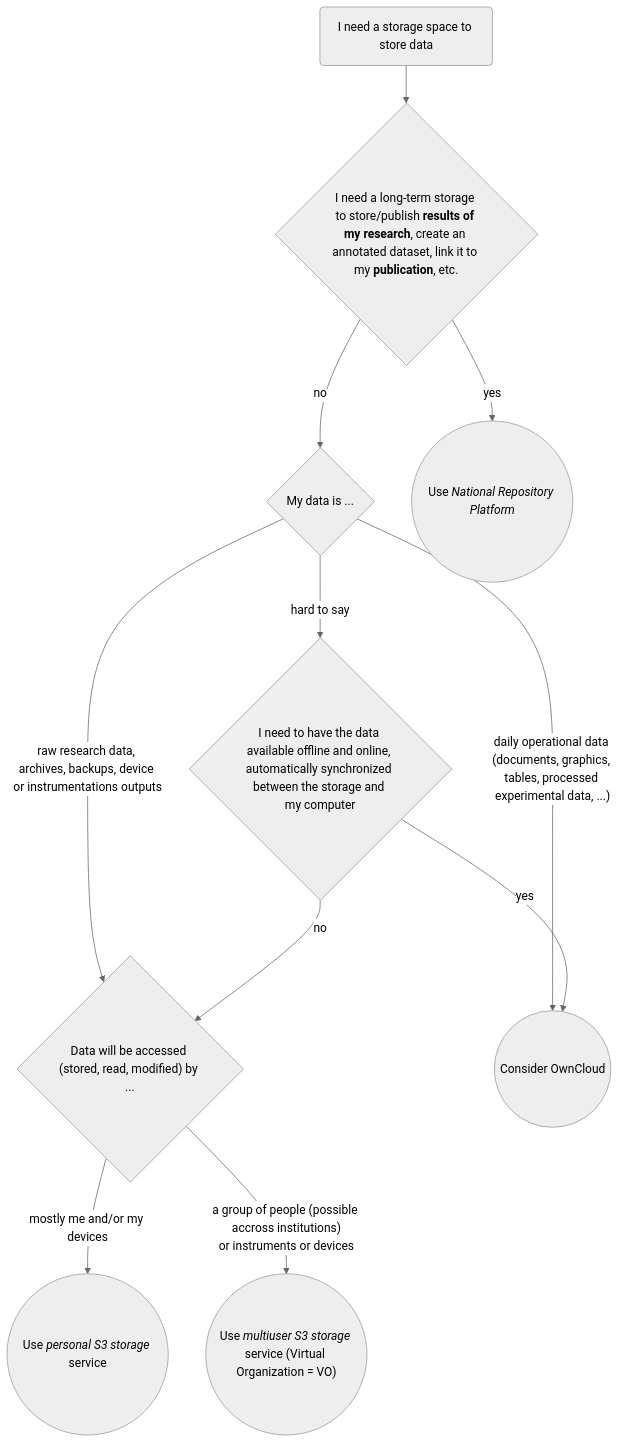
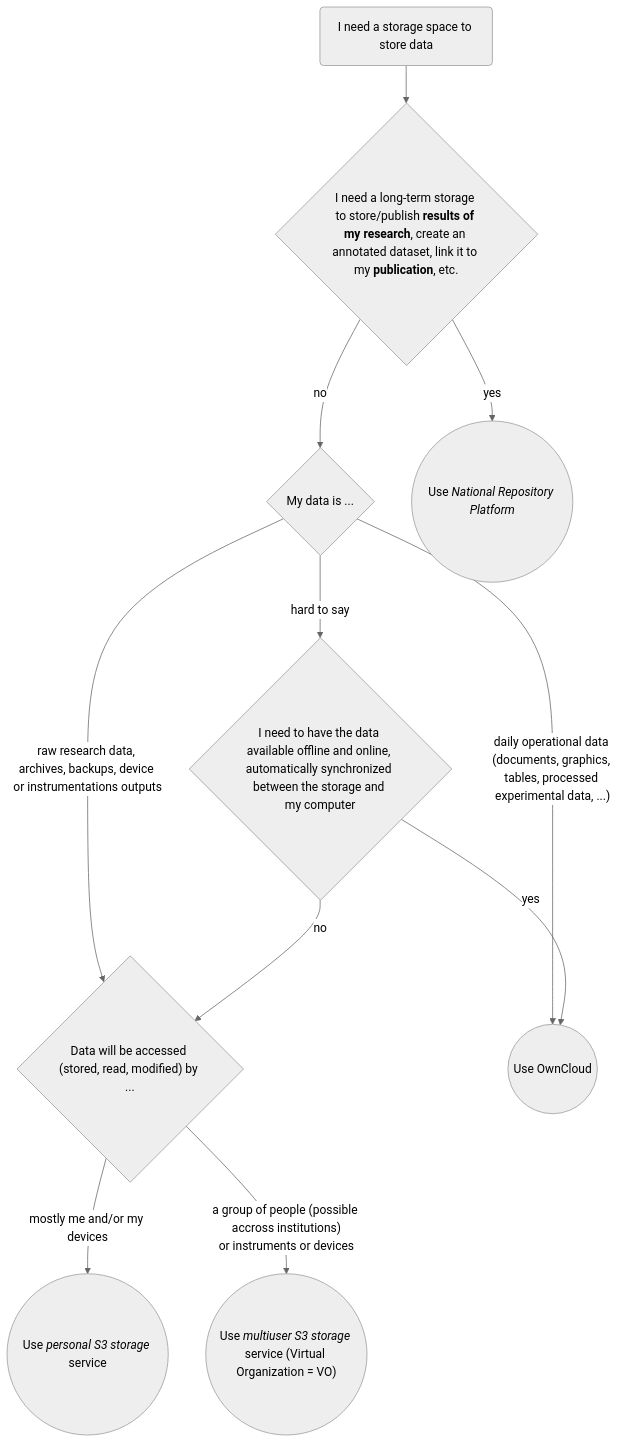
The diagram in content/docs/fast-track/fast-track.mdx (CESNET/du-docs), drawn with Mermaid (neutral theme) before and after one commit. The commit also changed other lines of this file, not shown here.

````diff
--- a/content/docs/fast-track/fast-track.mdx
+++ b/content/docs/fast-track/fast-track.mdx
@@ -5,49 +11,49 @@
 ```mermaid
 flowchart TB
 %%    A{("`Start`")
     A("`I need a storage space to store data`")
 %%    B{"`I need a storage space to store data`"}
 %%    C["`Think again`"]
     D{"`I need a long-term storage to store/publish **results of my research**, create an annotated dataset, link it to my **publication**, etc.`"}
     M{"`My data is ...`"}
     E(("`Use *National Repository Platform*`"))
 %%    F{"`I am an expert/developer/application maintainer, I undrestand principles of S3/RBD and I know what I need`"}
 %%    G{"`I need your help or assistance`"}
 %%    H{"`I have studied *S3 use cases* and/or *RBD use cases* and I know what I need`"}
 %%    I{"`I have special needs that are worth spending time on solving various technical difficulties`"}
 %%    J(("`*Contact us* Specify your setup and ideas / requirements`"))
 %%    K(("`*Great!* Just go ahead!`"))
 %%    L["`Let's try easy options firts, it may save you a lot of time`"]
     N{"`I need to have the data available offline and online, automatically synchronized between the storage and my computer`"}
 %%    O{"`I may need to share some of the data with a couple of colleagues here or there`"}
     P{"`Data will be accessed (stored, read, modified) by ...`"}
-    Q(("`Consider OwnCloud`"))
+    Q(("`Use OwnCloud`"))
 %%    R(("`Well...`"))
     S(("`Use *personal S3 storage* service`"))
     T(("`Use *multiuser S3 storage* service (Virtual Organization = VO)`"))
 
     click E "https://docs.nrp.eosc.cz/" "NRP"
-    click G "../introduction/support" "Support Page"
-    click H "../object-storage-s3/s3-use-cases" "S4 Use Cases"
+%%    click G "../introduction/support" "Support Page"
+%%    click H "../object-storage-s3/s3-use-cases" "S4 Use Cases"
     click Q "../fast-track#owncloud" "Fast-track Instructions Owncloud"
     click S "../fast-track#personal-s3" "Fast-track Instructions S3 Personal"
 %%    click R "https://www.storelocal.com/blogs/the-philosophy-of-storing-10-storage-features-to-enlighten-your-load/" "To Be Or Not To Be"
 
 %%    A --> B
       A --> D
 %%    B -->|no| C
 %%    C --> B
 %%    B -->|yes| D
     D -->|yes| E
     D -->|no| M
     M -->|"daily operational data (documents, graphics, tables, processed experimental data, ...)"| Q
     M -->|raw research data, archives, backups, device or instrumentations outputs| P
     M -->|hard to say| N
 %%   N -->|I do not care| O
     N -->|yes| Q
     N -->|no| P
 %%    O -->|perhaps| Q
 %%    O -->|I do not know| R
     P -->|mostly me and/or my devices| S
     P -->|"`a group of people (possible accross institutions)<br/>or instruments or devices`"| T
 ```
````
